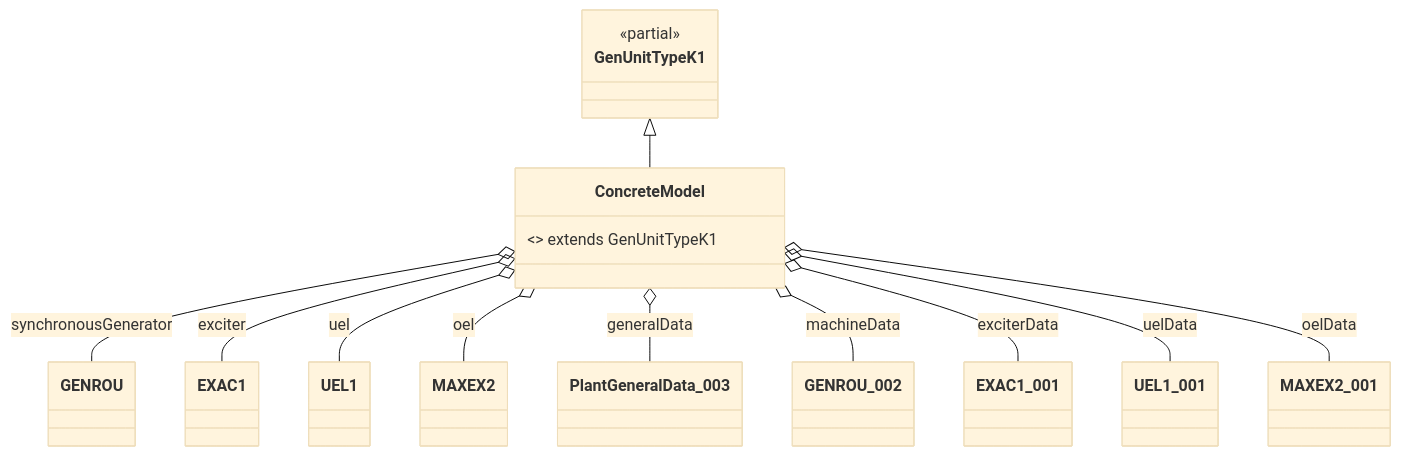
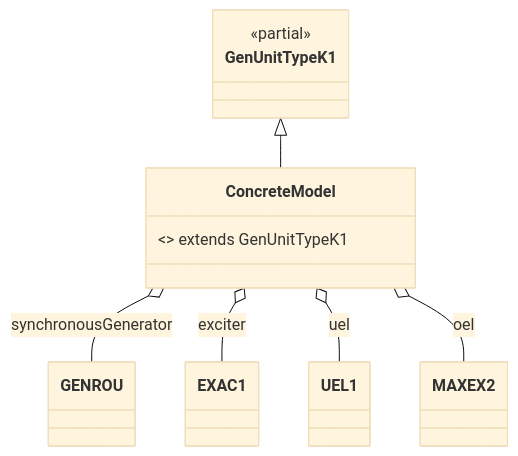
Before and after one commit to Opal-RT-Technologies/ephasorsim-modelica-library: the second of 2 diagrams in modelica/OpalRT/docs/TypeK.md, drawn with Mermaid (base theme). The commit also changed other lines of this file and 56 other files, not shown here.

````diff
--- a/modelica/OpalRT/docs/TypeK.md
+++ b/modelica/OpalRT/docs/TypeK.md
@@ -82,24 +65,15 @@
 ```mermaid
 classDiagram
 class GenUnitTypeK1 { <<partial>> }
 class ConcreteModel { <<model>> extends GenUnitTypeK1 }
 class GENROU { }
 class EXAC1 { }
 class UEL1 { }
 class MAXEX2 { }
-class PlantGeneralData_003 { }
-class GENROU_002 { }
-class EXAC1_001 { }
-class UEL1_001 { }
-class MAXEX2_001 { }
+
 GenUnitTypeK1 <|-- ConcreteModel
 ConcreteModel o-- GENROU : synchronousGenerator
 ConcreteModel o-- EXAC1 : exciter
 ConcreteModel o-- UEL1 : uel
 ConcreteModel o-- MAXEX2 : oel
-ConcreteModel o-- PlantGeneralData_003 : generalData
-ConcreteModel o-- GENROU_002 : machineData
-ConcreteModel o-- EXAC1_001 : exciterData
-ConcreteModel o-- UEL1_001 : uelData
-ConcreteModel o-- MAXEX2_001 : oelData
 ```
````
